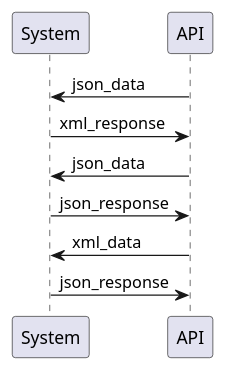
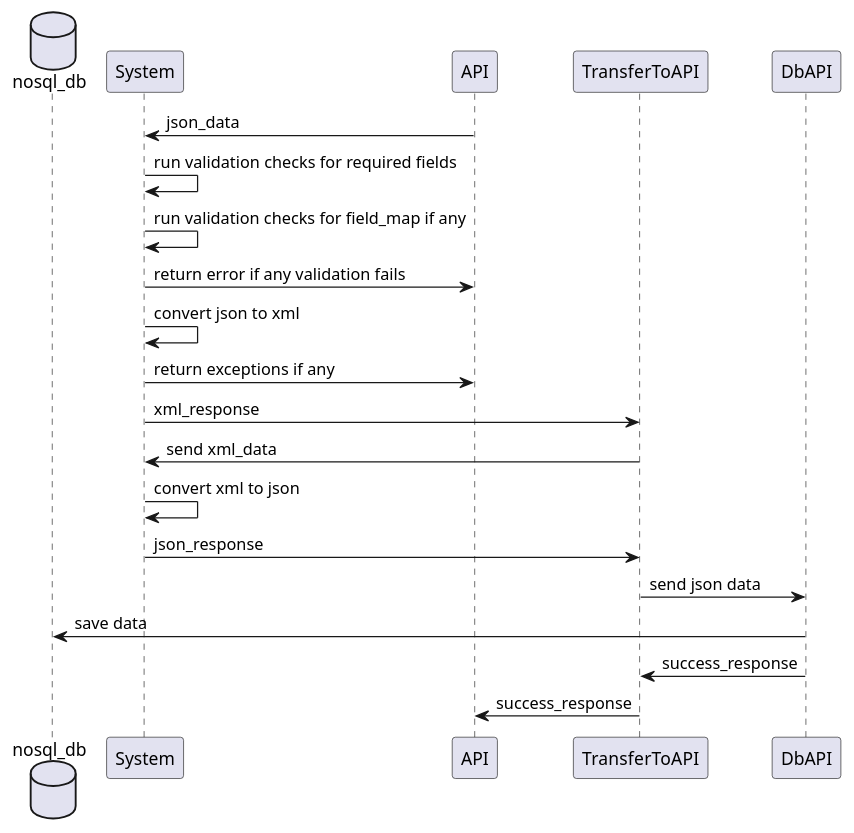
Before and after one commit to sadeeqilu/JsonToXML: the diagram in json_to_xml/src/uml.wsd, drawn with PlantUML. The commit also changed 1 other file, not shown here.

Commit message:
added opt in uml

```diff
--- a/json_to_xml/src/uml.wsd
+++ b/json_to_xml/src/uml.wsd
@@ -1,8 +1,17 @@
 @startuml
+database nosql_db
 System <- API : json_data
-API <- System : xml_response
-System <- API : json_data
-API <- System : json_response
-System <- API : xml_data
-API <- System : json_response
+System -> System : run validation checks for required fields
+System -> System : run validation checks for field_map if any
+System -> API : return error if any validation fails
+System -> System : convert json to xml
+System -> API : return exceptions if any
+TransferToAPI <- System : xml_response
+TransferToAPI -> System : send xml_data
+System -> System : convert xml to json
+System -> TransferToAPI : json_response
+TransferToAPI -> DbAPI : send json data
+DbAPI -> nosql_db : save data
+DbAPI -> TransferToAPI : success_response
+TransferToAPI -> API : success_response
 @enduml
```
